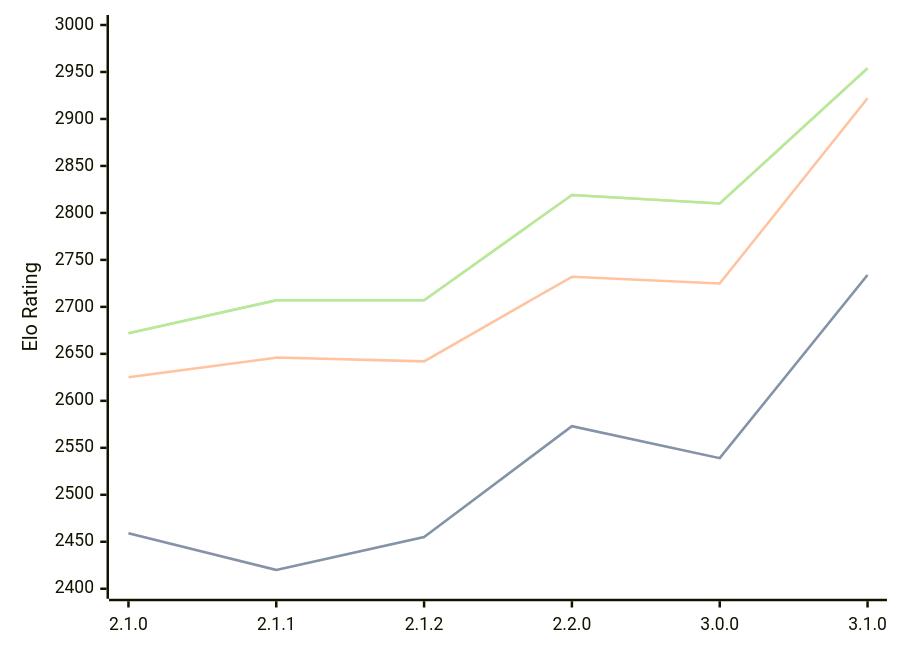
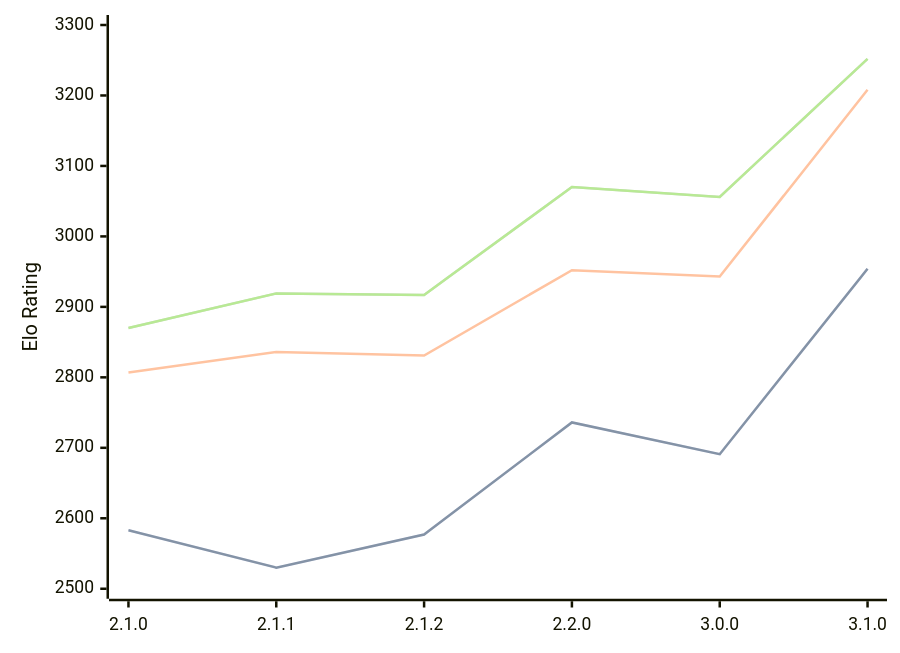
One commit to computer-chess-index/cci changed the diagram in engines/Prune.md. Above: the diagram before and after it, drawn with Mermaid. The commit also changed other lines of this file, not shown here.

Commit message:
Update CCI Ratings (ELO VLTC) - 2026-02-24

````diff
--- a/engines/Prune.md
+++ b/engines/Prune.md
@@ -38,11 +40,11 @@
 ```mermaid
 %%{init: {"theme":"base","themeVariables":{"seriesColors:['#a3a3a3','#222221','#faa371']}}}%%
 xychart-beta
   x-axis ["2.1.0", "2.1.1", "2.1.2", "2.2.0", "3.0.0", "3.1.0"]
-  y-axis "Elo Rating" 2400 --> 3000
-  line "STC (8.0+0.08s)" [2459, 2420, 2455, 2573, 2539, 2734]
-  line "STC (8.0+0.08s)" [2459, 2420, 2455, 2573, 2539, 2734]
-  line "LTC (60.0+0.60s)" [2625, 2646, 2642, 2732, 2725, 2922]
-  line "VLTC (2m24s+1.12s)" [2672, 2707, 2707, 2819, 2810, 2954]
-  line "VLTC (2m24s+1.12s)" [2672, 2707, 2707, 2819, 2810, 2954]
+  y-axis "Elo Rating" 2500 --> 3300
+  line "STC (8.0+0.08s)" [2583, 2530, 2577, 2736, 2691, 2954]
+  line "STC (8.0+0.08s)" [2583, 2530, 2577, 2736, 2691, 2954]
+  line "LTC (60.0+0.60s)" [2807, 2836, 2831, 2952, 2943, 3208]
+  line "VLTC (2m24s+1.12s)" [2870, 2919, 2917, 3070, 3056, 3252]
+  line "VLTC (2m24s+1.12s)" [2870, 2919, 2917, 3070, 3056, 3252]
 ```
````
